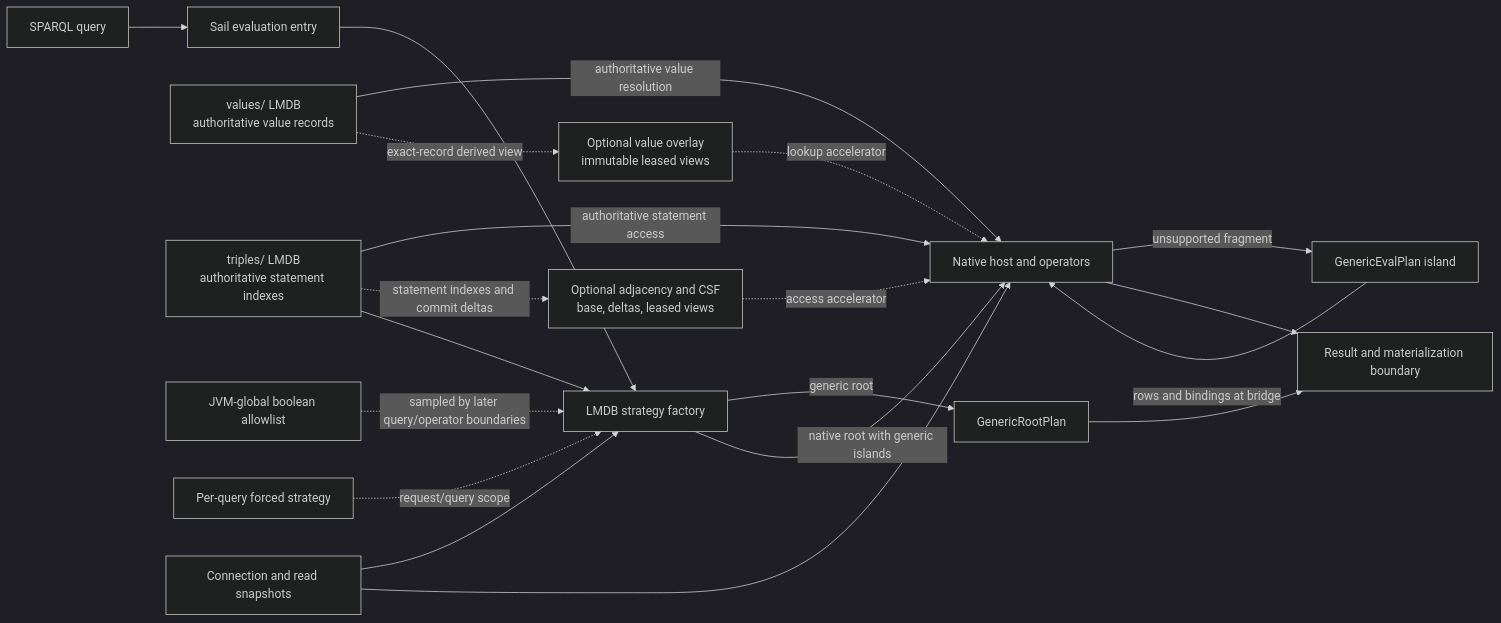
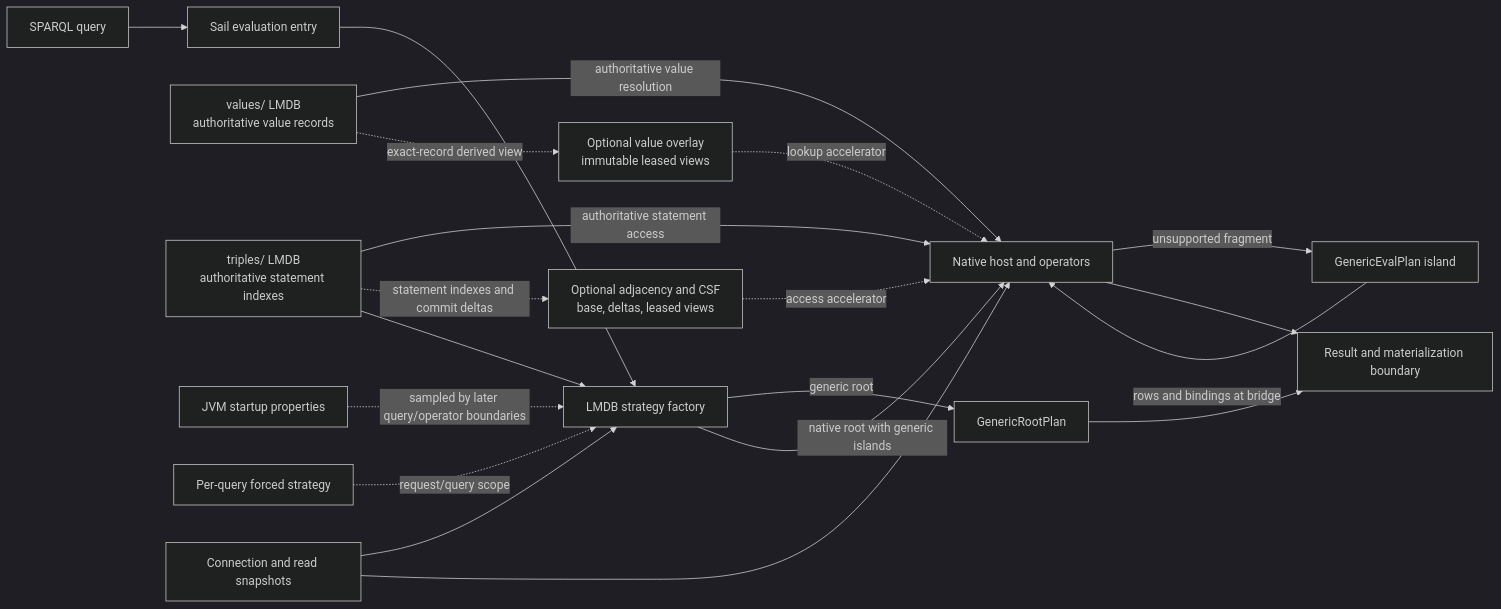
The diagram in docs/branch/optimize-lmdb/README.md (eclipse-rdf4j/rdf4j), drawn with Mermaid (dark theme) before and after one commit. The commit also changed other lines of this file and 56 other files, not shown here.

````diff
--- a/docs/branch/optimize-lmdb/README.md
+++ b/docs/branch/optimize-lmdb/README.md
@@ -51,24 +51,24 @@
 ```mermaid
 flowchart LR
     Q[SPARQL query] --> S[Sail evaluation entry]
     S --> F[LMDB strategy factory]
     F -->|generic root| GR[GenericRootPlan]
     F -->|native root with generic islands| N[Native host and operators]
     N -->|unsupported fragment| GI[GenericEvalPlan island]
     GI -->|rows and bindings at bridge| N
     N --> R[Result and materialization boundary]
     GR --> R
 
     V[values/ LMDB\nauthoritative value records] -->|authoritative value resolution| N
     V -. exact-record derived view .-> VO[Optional value overlay\nimmutable leased views]
     VO -. lookup accelerator .-> N
     T[triples/ LMDB\nauthoritative statement indexes] -->|authoritative statement access| N
     T -. statement indexes and commit deltas .-> A[Optional adjacency and CSF\nbase, deltas, leased views]
     A -. access accelerator .-> N
     T --> F
 
-    JVM[JVM-global boolean allowlist] -. sampled by later query/operator boundaries .-> F
+    JVM[JVM startup properties] -. sampled by later query/operator boundaries .-> F
     FORCE[Per-query forced strategy] -. request/query scope .-> F
     CONN[Connection and read snapshots] --> F
     CONN --> N
 ```
````
